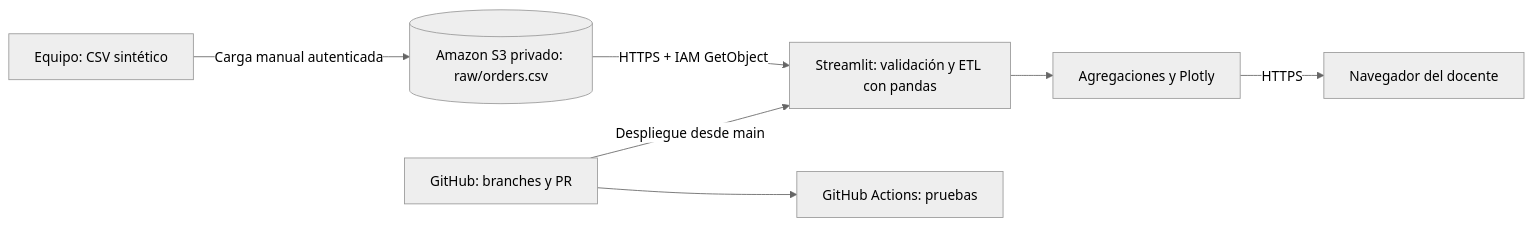
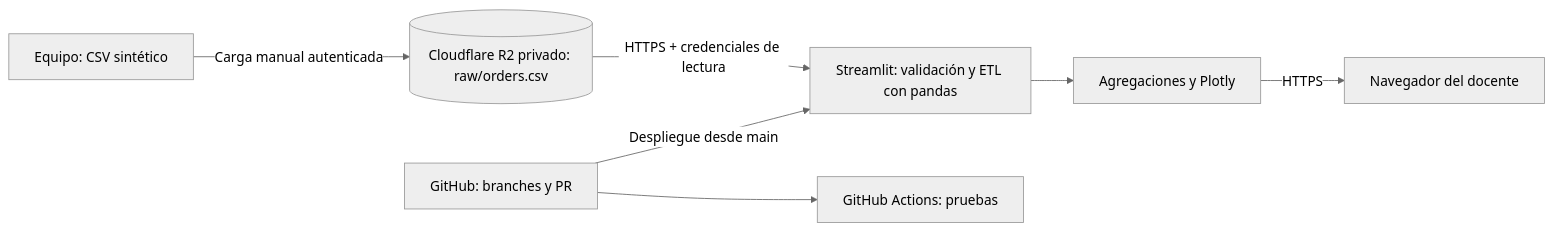
The diagram in docs/arquitectura.md (SatoJoe762/cloudtrack-analytics), drawn with Mermaid (neutral theme) before and after one commit. The commit also changed other lines of this file and 13 other files, not shown here.

Commit message:
feat: preparar almacenamiento privado con Cloudflare R2

````diff
--- a/docs/arquitectura.md
+++ b/docs/arquitectura.md
@@ -3,9 +3,9 @@
 ```mermaid
 flowchart LR
-    E[Equipo: CSV sintético] -->|Carga manual autenticada| S[(Amazon S3 privado: raw/orders.csv)]
-    S -->|HTTPS + IAM GetObject| A[Streamlit: validación y ETL con pandas]
+    E[Equipo: CSV sintético] -->|Carga manual autenticada| S[(Cloudflare R2 privado: raw/orders.csv)]
+    S -->|HTTPS + credenciales de lectura| A[Streamlit: validación y ETL con pandas]
     A --> G[Agregaciones y Plotly]
     G -->|HTTPS| N[Navegador del docente]
     R[GitHub: branches y PR] --> C[GitHub Actions: pruebas]
     R -->|Despliegue desde main| A
 ```
````
